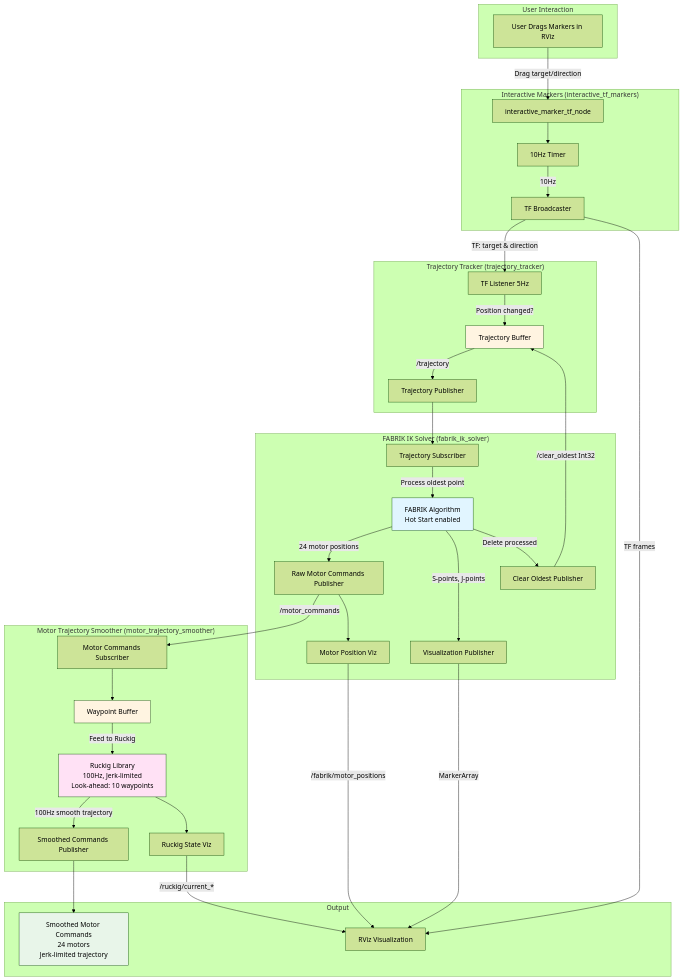
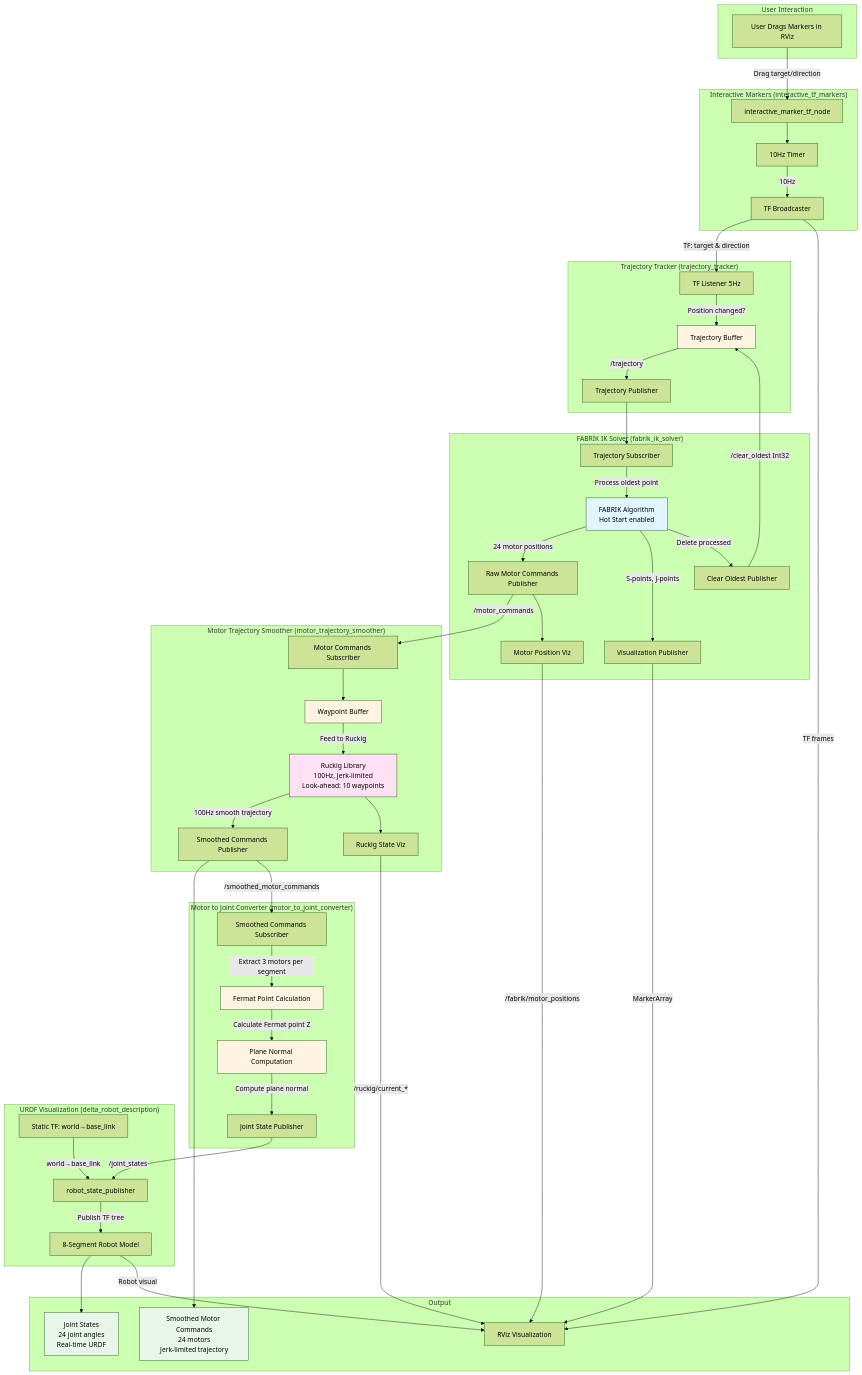
One commit to NanayasWorkshop/ros2_delta_robot changed the diagram in ARCHITECTURE.md. Above: the diagram before and after it, drawn with Mermaid (forest theme). The commit also changed other lines of this file, not shown here.

First line of the commit message:
Update architecture documentation with URDF visualization system

````diff
--- a/ARCHITECTURE.md
+++ b/ARCHITECTURE.md
@@ -40,9 +40,23 @@
         RUCKIG_VIZ[Ruckig State Viz]
     end
 
+    subgraph Converter["Motor to Joint Converter (motor_to_joint_converter)"]
+        CONV_SUB[Smoothed Commands Subscriber]
+        FERMAT[Fermat Point Calculation]
+        NORMAL[Plane Normal Computation]
+        JOINT_PUB[Joint State Publisher]
+    end
+
+    subgraph URDF["URDF Visualization (delta_robot_description)"]
+        RSP[robot_state_publisher]
+        STATIC_TF[Static TF: world→base_link]
+        ROBOT_MODEL[8-Segment Robot Model]
+    end
+
     subgraph Output["Output"]
         RVIZ[RViz Visualization]
         SMOOTH_CMD[Smoothed Motor Commands<br/>24 motors<br/>Jerk-limited trajectory]
+        JOINT_STATES[Joint States<br/>24 joint angles<br/>Real-time URDF]
     end
 
     USER -->|Drag target/direction| IM
@@ -63,15 +77,27 @@
     RUCKIG -->|100Hz smooth trajectory| SMOOTH_PUB
     RUCKIG --> RUCKIG_VIZ
     SMOOTH_PUB --> SMOOTH_CMD
+    SMOOTH_PUB -->|/smoothed_motor_commands| CONV_SUB
+    CONV_SUB -->|Extract 3 motors per segment| FERMAT
+    FERMAT -->|Calculate Fermat point Z| NORMAL
+    NORMAL -->|Compute plane normal| JOINT_PUB
+    JOINT_PUB -->|/joint_states| RSP
+    STATIC_TF -->|world→base_link| RSP
+    RSP -->|Publish TF tree| ROBOT_MODEL
+    ROBOT_MODEL --> JOINT_STATES
     VIZ_PUB -->|MarkerArray| RVIZ
     FABRIK_VIZ -->|/fabrik/motor_positions| RVIZ
     RUCKIG_VIZ -->|/ruckig/current_*| RVIZ
     TFPUB -->|TF frames| RVIZ
+    ROBOT_MODEL -->|Robot visual| RVIZ
     CLEAR_PUB -->|/clear_oldest Int32| BUFFER
 
     style SOLVER fill:#e1f5ff
     style RUCKIG fill:#ffe1f5
+    style FERMAT fill:#fff4e1
+    style NORMAL fill:#fff4e1
     style BUFFER fill:#fff4e1
     style WP_BUFFER fill:#fff4e1
     style SMOOTH_CMD fill:#e8f5e9
+    style JOINT_STATES fill:#e8f5e9
 ```
````
